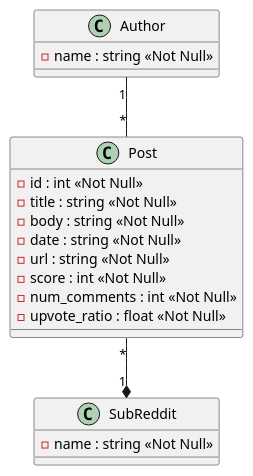
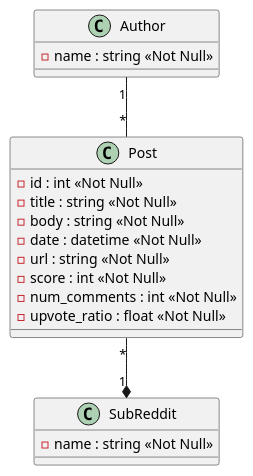
The diagram in uml.plantuml (vasco-oliv/PRI_T08_G82), drawn with PlantUML before and after one commit.

Commit message:
Changes in uml

```diff
--- a/uml.plantuml
+++ b/uml.plantuml
@@ -1,25 +1,25 @@
 @startuml UML
 
 class Author{
     - name : string <<Not Null>>
 }
 
 class Post{
     - id : int <<Not Null>>
     - title : string <<Not Null>>
     - body : string <<Not Null>>
-    - date : string <<Not Null>>
+    - date : datetime <<Not Null>>
     - url : string <<Not Null>>
     - score : int <<Not Null>>
     - num_comments : int <<Not Null>>
     - upvote_ratio : float <<Not Null>>
 }
 
 class SubReddit{
     - name : string <<Not Null>>
 }
 
 Author "1" -- "*" Post
 Post "*" --* "1" SubReddit
 
 @enduml
```
